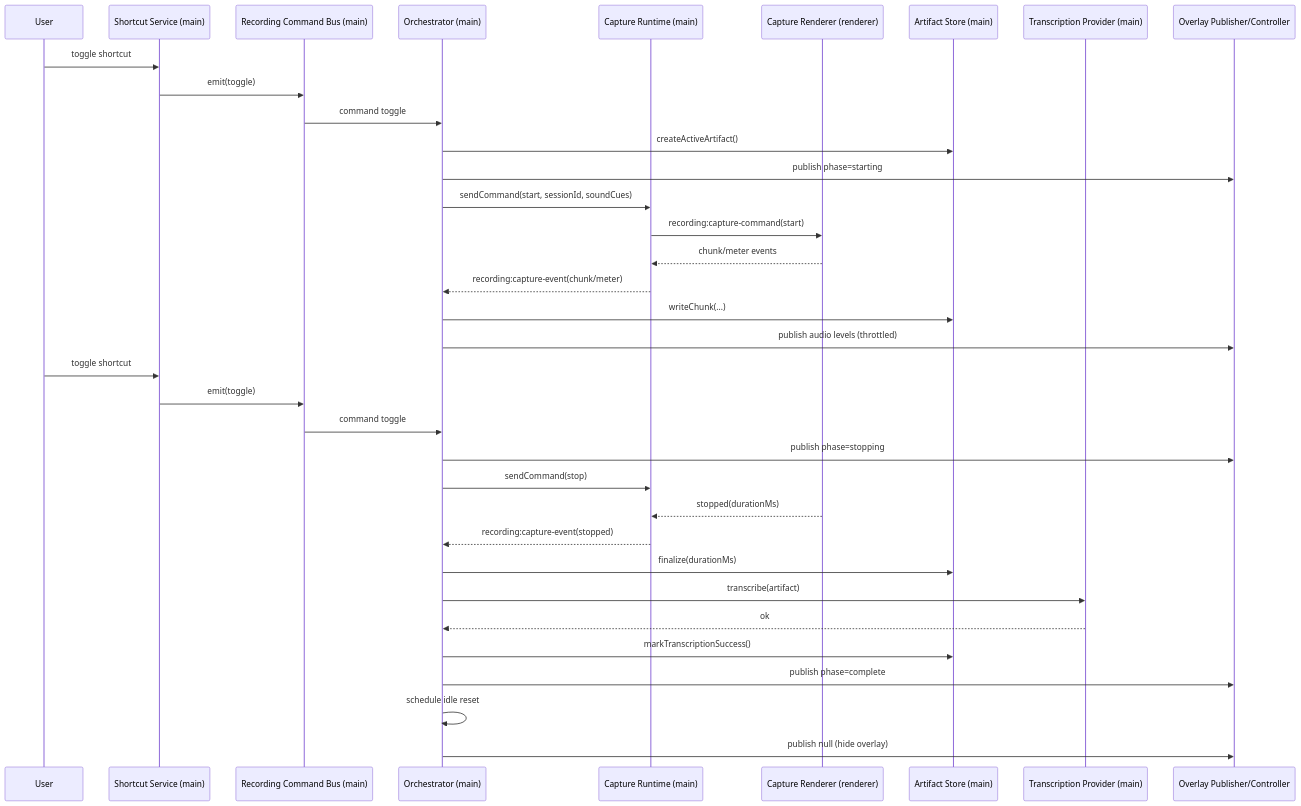
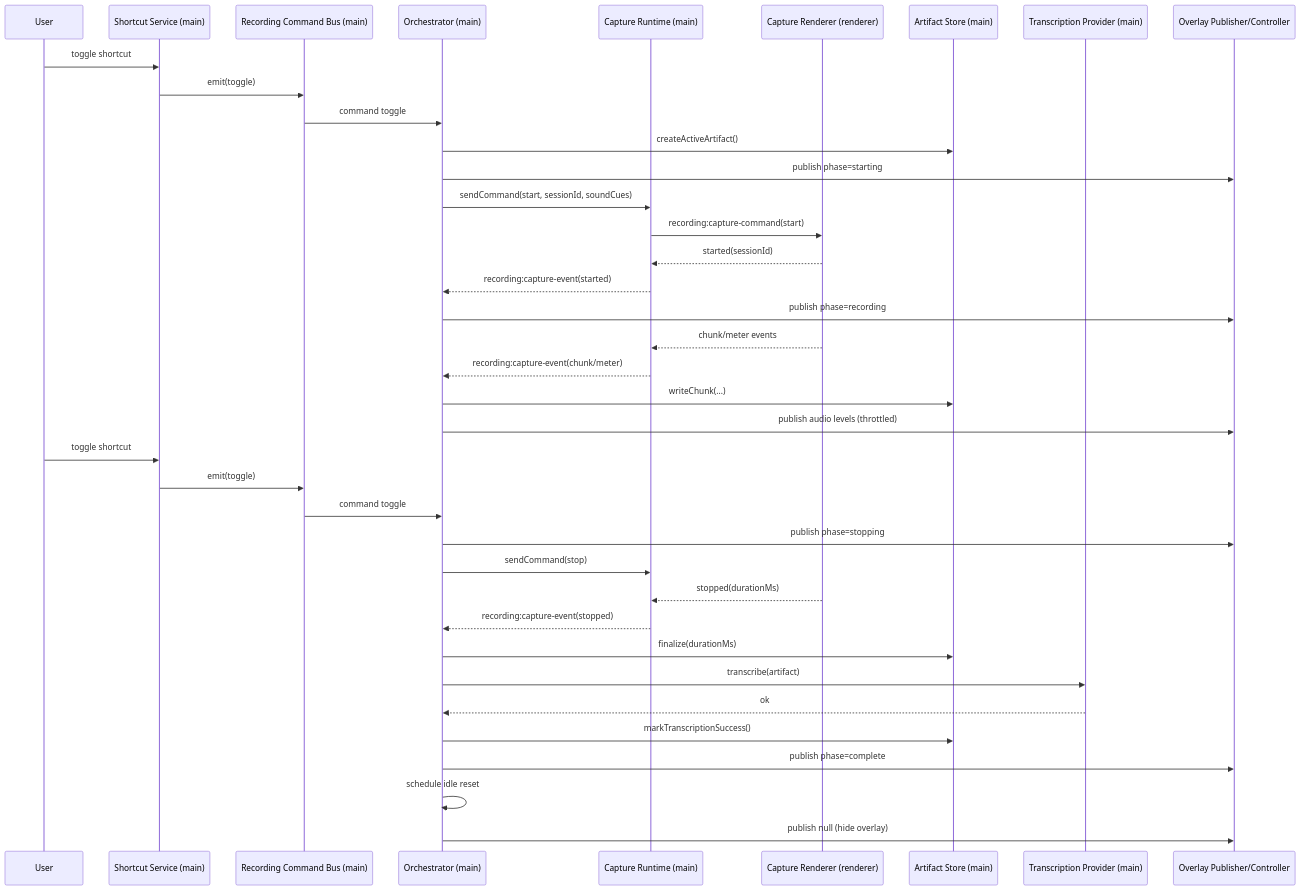
The first of 3 diagrams in docs/recording/flows.md (MateuszRomek/openvocaly), drawn with Mermaid before and after one commit. The commit also changed 16 other files, not shown here.

````diff
--- a/docs/recording/flows.md
+++ b/docs/recording/flows.md
@@ -5,39 +5,42 @@
 ```mermaid
 sequenceDiagram
   participant U as User
   participant S as Shortcut Service (main)
   participant B as Recording Command Bus (main)
   participant O as Orchestrator (main)
   participant C as Capture Runtime (main)
   participant R as Capture Renderer (renderer)
   participant A as Artifact Store (main)
   participant T as Transcription Provider (main)
   participant P as Overlay Publisher/Controller
 
   U->>S: toggle shortcut
   S->>B: emit(toggle)
   B->>O: command toggle
   O->>A: createActiveArtifact()
   O->>P: publish phase=starting
   O->>C: sendCommand(start, sessionId, soundCues)
   C->>R: recording:capture-command(start)
+  R-->>C: started(sessionId)
+  C-->>O: recording:capture-event(started)
+  O->>P: publish phase=recording
   R-->>C: chunk/meter events
   C-->>O: recording:capture-event(chunk/meter)
   O->>A: writeChunk(...)
   O->>P: publish audio levels (throttled)
 
   U->>S: toggle shortcut
   S->>B: emit(toggle)
   B->>O: command toggle
   O->>P: publish phase=stopping
   O->>C: sendCommand(stop)
   R-->>C: stopped(durationMs)
   C-->>O: recording:capture-event(stopped)
   O->>A: finalize(durationMs)
   O->>T: transcribe(artifact)
   T-->>O: ok
   O->>A: markTranscriptionSuccess()
   O->>P: publish phase=complete
   O->>O: schedule idle reset
   O->>P: publish null (hide overlay)
 ```
````
